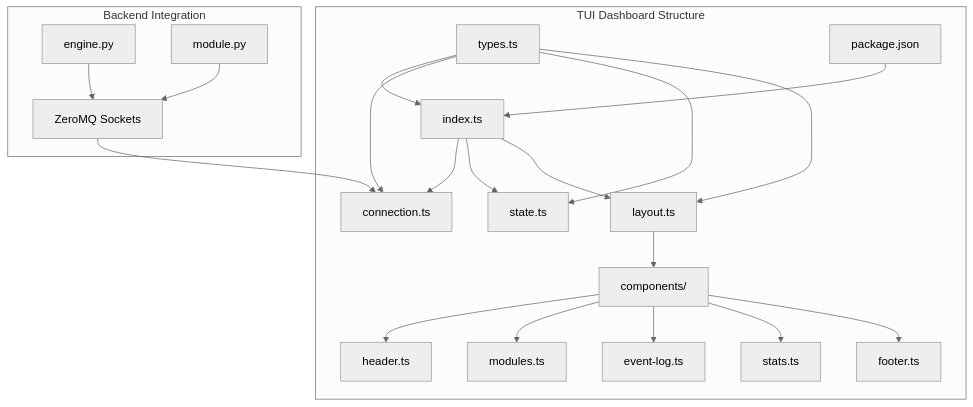
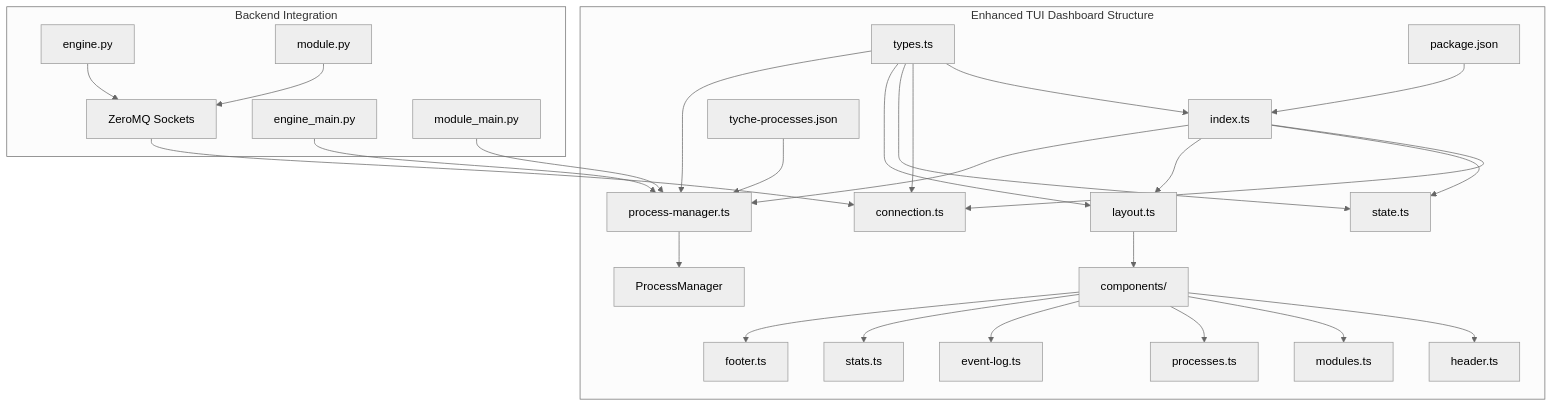
Before and after one commit to zt281/TycheEngine: the first of 10 diagrams in .qoder/repowiki/en/content/Advanced Features/Terminal User Interface Dashboard.md, drawn with Mermaid (neutral theme). The commit also changed other lines of this file and 33 other files, not shown here.

````diff
--- a/.qoder/repowiki/en/content/Advanced Features/Terminal User Interface Dashboard.md
+++ b/.qoder/repowiki/en/content/Advanced Features/Terminal User Interface Dashboard.md
@@ -40,24 +60,31 @@
 ```mermaid
 graph TB
-subgraph "TUI Dashboard Structure"
+subgraph "Enhanced TUI Dashboard Structure"
 A[index.ts] --> B[connection.ts]
 A --> C[state.ts]
 A --> D[layout.ts]
+A --> PM[process-manager.ts]
+PM --> PT[ProcessManager]
 D --> E[components/]
 E --> E1[header.ts]
 E --> E2[modules.ts]
-E --> E3[event-log.ts]
-E --> E4[stats.ts]
-E --> E5[footer.ts]
+E --> E3[processes.ts]
+E --> E4[event-log.ts]
+E --> E5[stats.ts]
+E --> E6[footer.ts]
 F[types.ts] --> A
 F --> B
 F --> C
 F --> D
+F --> PM
 G[package.json] --> A
+H[tyche-processes.json] --> PM
 end
 subgraph "Backend Integration"
-H[engine.py] --> I[ZeroMQ Sockets]
-J[module.py] --> I
+I[engine.py] --> J[ZeroMQ Sockets]
+K[module.py] --> J
+L[engine_main.py] --> PM
+M[module_main.py] --> PM
 end
-I --> B
+J --> B
 ```
````
